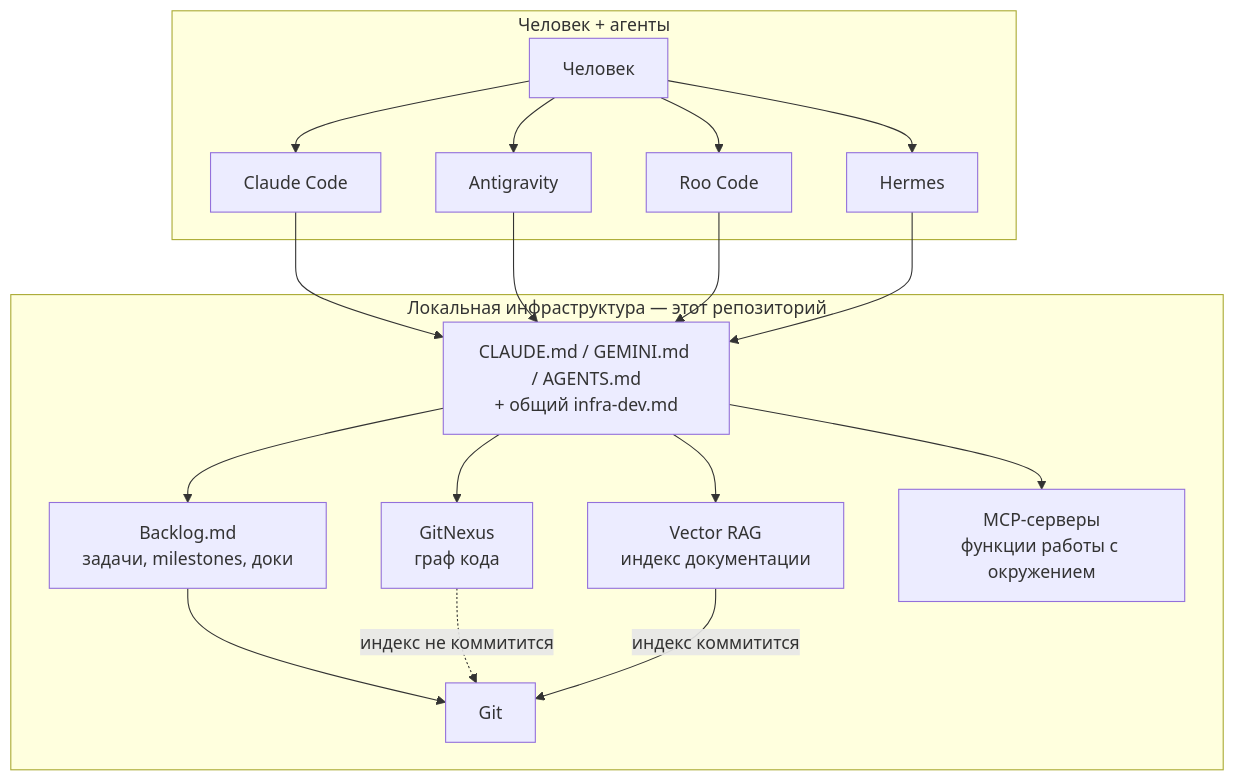
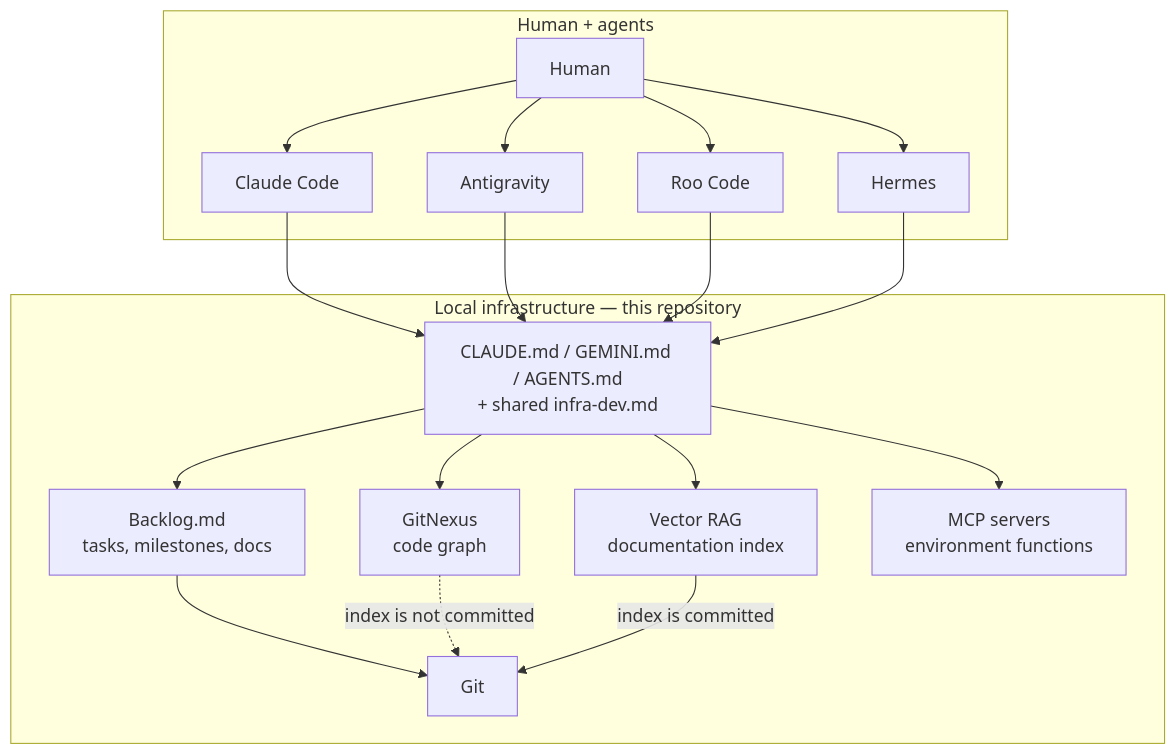
The first of 7 diagrams in template/README.md (Reasp/projecthub-oss), drawn with Mermaid before and after one commit. The commit also changed other lines of this file and 22 other files, not shown here.

````diff
--- a/template/README.md
+++ b/template/README.md
@@ -57,38 +63,38 @@
 ```mermaid
 graph TD
-    subgraph L["Человек + агенты"]
-        H["Человек"]
+    subgraph L["Human + agents"]
+        H["Human"]
         A1["Claude Code"]
         A2["Antigravity"]
         A3["Roo Code"]
         A4["Hermes"]
     end
 
-    subgraph I["Локальная инфраструктура — этот репозиторий"]
-        RULES["CLAUDE.md / GEMINI.md / AGENTS.md<br/>+ общий infra-dev.md"]
-        B["Backlog.md<br/>задачи, milestones, доки"]
-        GN["GitNexus<br/>граф кода"]
-        RAG["Vector RAG<br/>индекс документации"]
-        MCP["MCP-серверы<br/>функции работы с окружением"]
+    subgraph I["Local infrastructure — this repository"]
+        RULES["CLAUDE.md / GEMINI.md / AGENTS.md<br/>+ shared infra-dev.md"]
+        B["Backlog.md<br/>tasks, milestones, docs"]
+        GN["GitNexus<br/>code graph"]
+        RAG["Vector RAG<br/>documentation index"]
+        MCP["MCP servers<br/>environment functions"]
         G["Git"]
     end
 
     H --> A1
     H --> A2
     H --> A3
     H --> A4
 
     A1 --> RULES
     A2 --> RULES
     A3 --> RULES
     A4 --> RULES
 
     RULES --> GN
     RULES --> RAG
     RULES --> B
     RULES --> MCP
 
     B --> G
-    GN -.индекс не коммитится.-> G
-    RAG --индекс коммитится--> G
+    GN -.index is not committed.-> G
+    RAG --index is committed--> G
 ```
````
